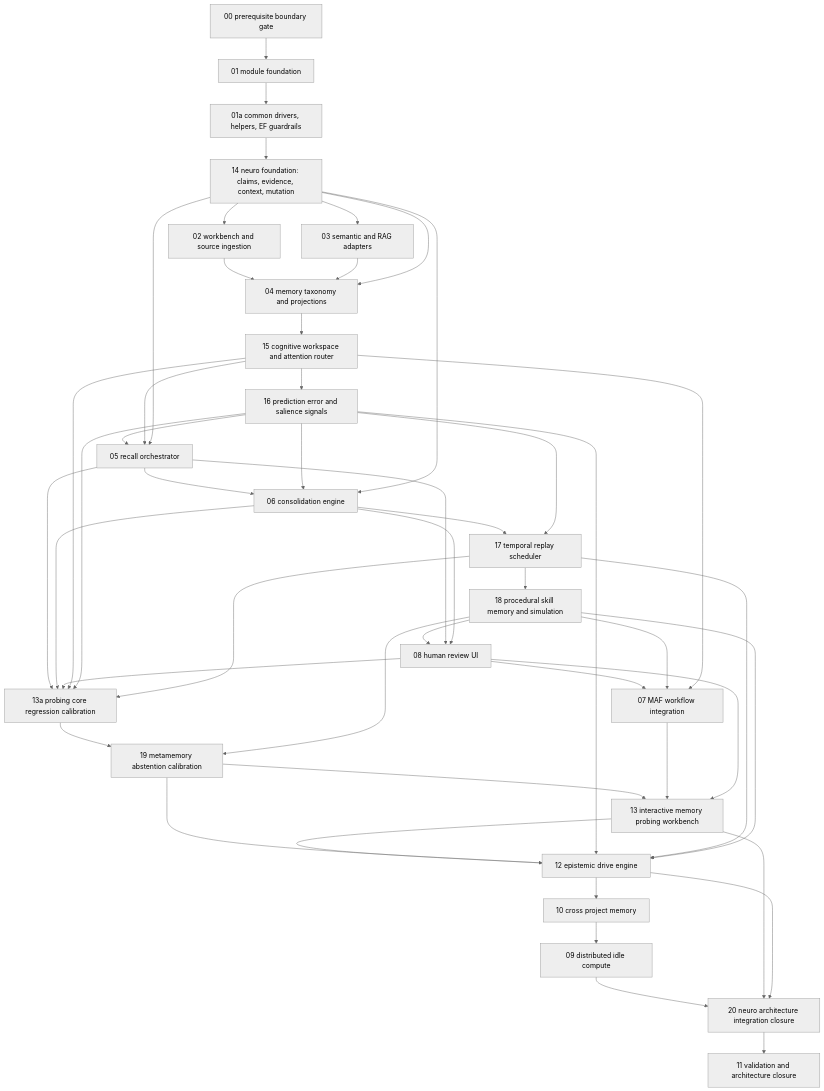
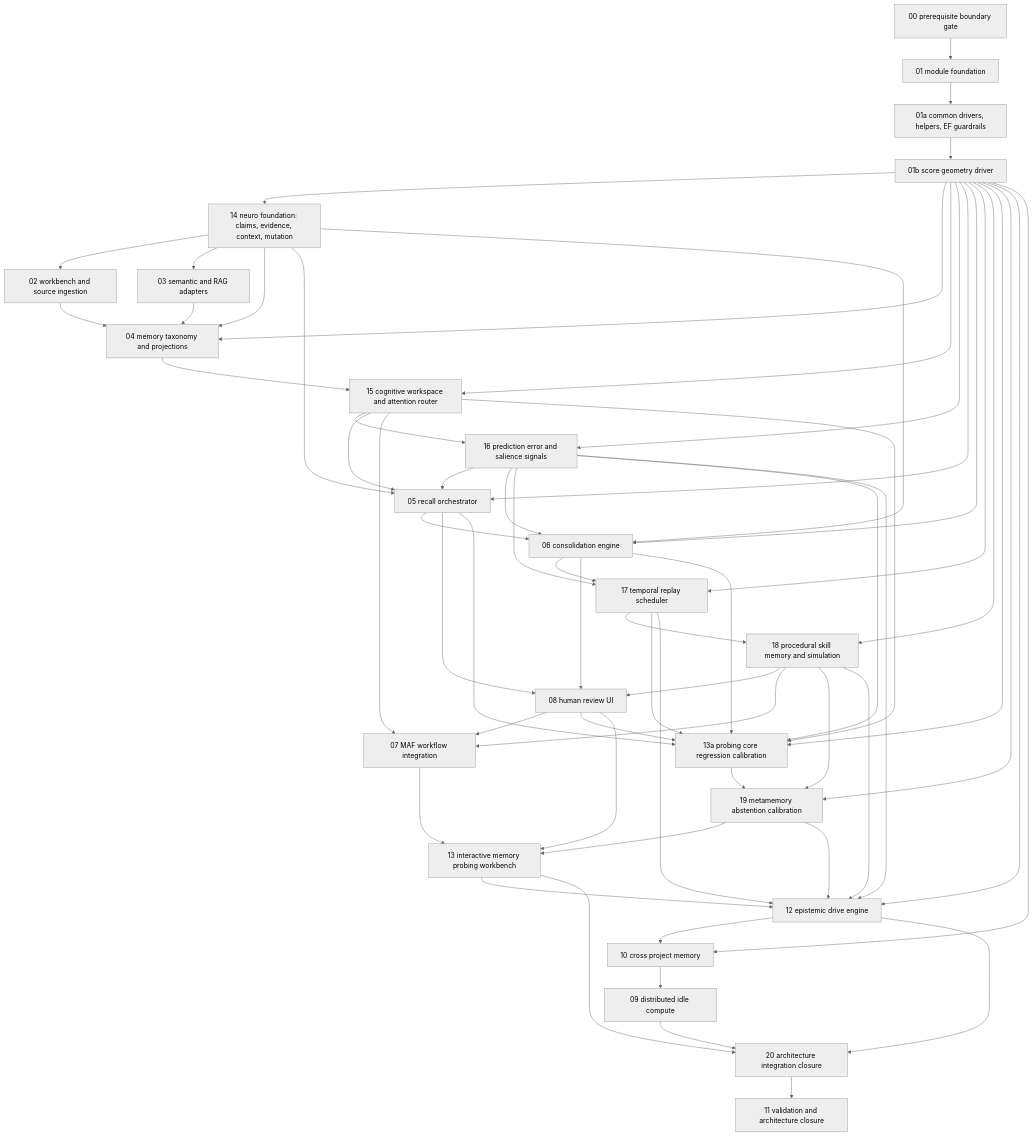
Before and after one commit to fyziktom/CanDoItAll: the diagram in codex/bundles/cognitive-memory-architecture-v2/plan/01-phase-plan.md, drawn with Mermaid (neutral theme). The commit also changed other lines of this file and 79 other files, not shown here.

````diff
--- a/codex/bundles/cognitive-memory-architecture-v2/plan/01-phase-plan.md
+++ b/codex/bundles/cognitive-memory-architecture-v2/plan/01-phase-plan.md
@@ -44,50 +46,62 @@
 ```mermaid
 flowchart TD
     S00["00 prerequisite boundary gate"] --> S01["01 module foundation"]
     S01 --> S01A["01a common drivers, helpers, EF guardrails"]
-    S01A --> S14["14 neuro foundation: claims, evidence, context, mutation"]
+    S01A --> S01B["01b score geometry driver"]
+    S01B --> S14["14 neuro foundation: claims, evidence, context, mutation"]
     S14 --> S02["02 workbench and source ingestion"]
     S14 --> S03["03 semantic and RAG adapters"]
     S02 --> S04["04 memory taxonomy and projections"]
     S03 --> S04
     S14 --> S04
+    S01B --> S04
     S04 --> S15["15 cognitive workspace and attention router"]
+    S01B --> S15
     S15 --> S16["16 prediction error and salience signals"]
+    S01B --> S16
     S16 --> S05["05 recall orchestrator"]
     S15 --> S05
     S14 --> S05
+    S01B --> S05
     S05 --> S06["06 consolidation engine"]
     S16 --> S06
     S14 --> S06
+    S01B --> S06
     S06 --> S17["17 temporal replay scheduler"]
     S16 --> S17
+    S01B --> S17
     S17 --> S18["18 procedural skill memory and simulation"]
+    S01B --> S18
     S18 --> S08["08 human review UI"]
     S05 --> S08
     S06 --> S08
     S08 --> S07["07 MAF workflow integration"]
     S18 --> S07
     S15 --> S07
     S05 --> S13A["13a probing core regression calibration"]
     S06 --> S13A
     S08 --> S13A
     S15 --> S13A
     S16 --> S13A
     S17 --> S13A
+    S01B --> S13A
     S13A --> S19["19 metamemory abstention calibration"]
     S18 --> S19
+    S01B --> S19
     S19 --> S13["13 interactive memory probing workbench"]
     S07 --> S13
     S08 --> S13
     S13 --> S12["12 epistemic drive engine"]
     S19 --> S12
     S16 --> S12
     S17 --> S12
     S18 --> S12
+    S01B --> S12
     S12 --> S10["10 cross project memory"]
+    S01B --> S10
     S10 --> S09["09 distributed idle compute"]
-    S09 --> S20["20 neuro architecture integration closure"]
+    S09 --> S20["20 architecture integration closure"]
     S13 --> S20
     S12 --> S20
     S20 --> S11["11 validation and architecture closure"]
 ```
````
